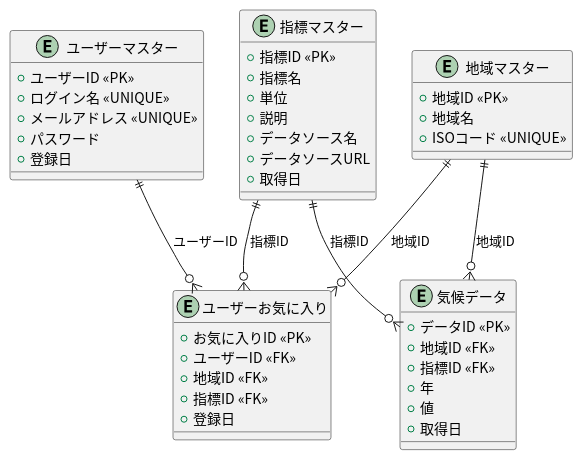
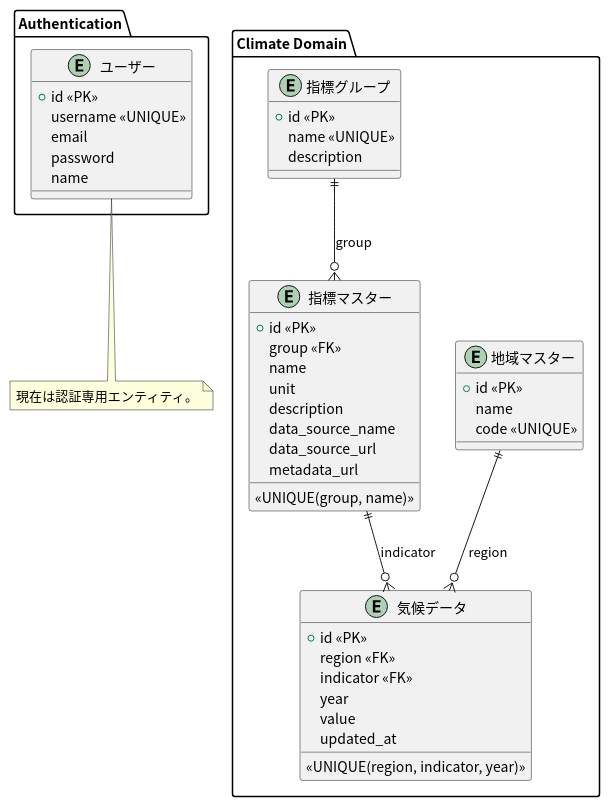
One commit to tomoki-shiozaki/climate-change-app-v2 changed the diagram in docs/er/er.pu. Above: the diagram before and after it, drawn with PlantUML. The commit also changed 6 other files, not shown here.

```diff
--- a/docs/er/er.pu
+++ b/docs/er/er.pu
@@ -1,52 +1,60 @@
 @startuml er
 skinparam defaultFontName "Noto Sans CJK JP"
 
-entity "ユーザーマスター" as User {
-  +ユーザーID <<PK>>
-  +ログイン名 <<UNIQUE>>
-  +メールアドレス <<UNIQUE>>
-  +パスワード
-  +登録日
+package "Authentication" {
+  entity "ユーザー" as User {
+    +id <<PK>>
+    username <<UNIQUE>>
+    email
+    password
+    name
+  }
 }
 
-entity "地域マスター" as Region {
-  +地域ID <<PK>>
-  +地域名
-  +ISOコード <<UNIQUE>>
+package "Climate Domain" {
+
+  entity "地域マスター" as Region {
+    +id <<PK>>
+    name
+    code <<UNIQUE>>
+  }
+
+  entity "指標グループ" as IndicatorGroup {
+    +id <<PK>>
+    name <<UNIQUE>>
+    description
+  }
+
+  entity "指標マスター" as Indicator {
+    +id <<PK>>
+    group <<FK>>
+    name
+    unit
+    description
+    data_source_name
+    data_source_url
+    metadata_url
+    <<UNIQUE(group, name)>>
+  }
+
+  entity "気候データ" as ClimateData {
+    +id <<PK>>
+    region <<FK>>
+    indicator <<FK>>
+    year
+    value
+    updated_at
+    <<UNIQUE(region, indicator, year)>>
+  }
+
+  IndicatorGroup ||--o{ Indicator : group
+
+  Region ||--o{ ClimateData : region
+  Indicator ||--o{ ClimateData : indicator
 }
 
-entity "指標マスター" as Indicator {
-  +指標ID <<PK>>
-  +指標名
-  +単位
-  +説明
-  +データソース名
-  +データソースURL
-  +取得日
-}
-
-entity "気候データ" as ClimateData {
-  +データID <<PK>>
-  +地域ID <<FK>>
-  +指標ID <<FK>>
-  + 年
-  + 値
-  +取得日
-}
-
-entity "ユーザーお気に入り" as Favorite {
-  +お気に入りID <<PK>>
-  +ユーザーID <<FK>>
-  +地域ID <<FK>>
-  +指標ID <<FK>>
-  +登録日
-}
-
-Region ||--o{ ClimateData : 地域ID
-Indicator ||--o{ ClimateData : 指標ID
-
-User ||--o{ Favorite : ユーザーID
-Region ||--o{ Favorite : 地域ID
-Indicator ||--o{ Favorite : 指標ID
+note bottom of User
+現在は認証専用エンティティ。
+end note
 
 @enduml
```
